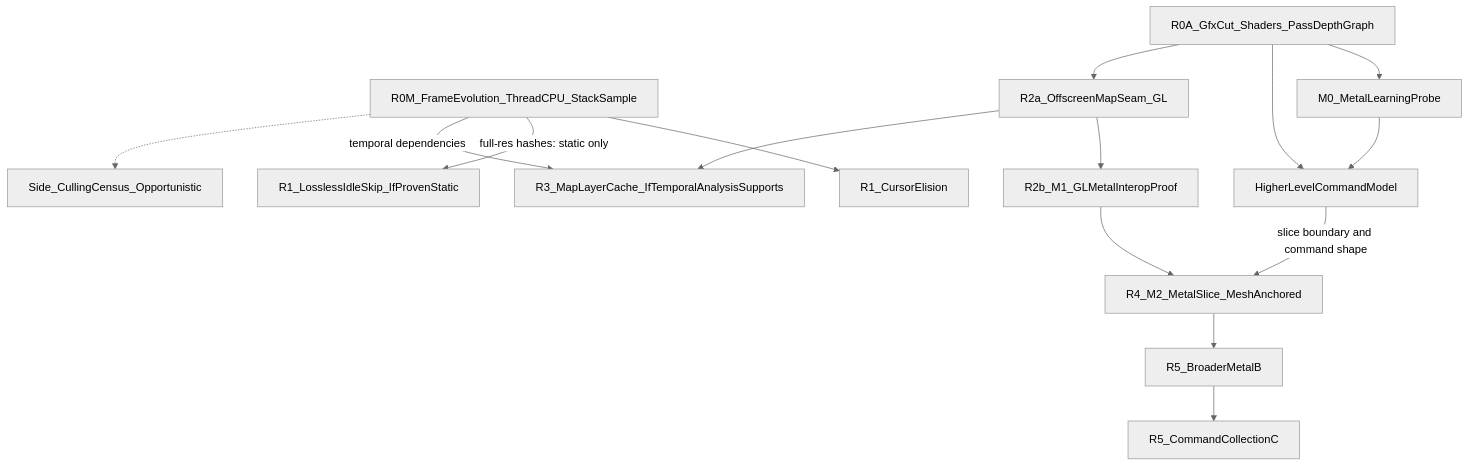
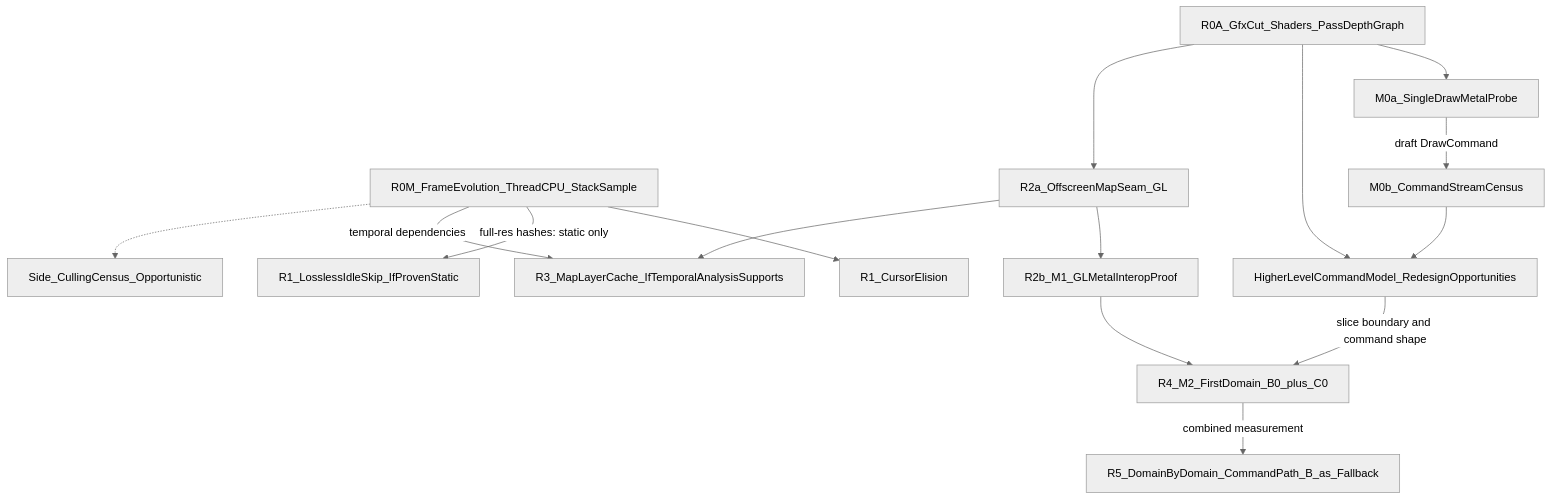
Before and after one commit to HagbardCel/eu4-mac-perf: the diagram in docs/eu4_recommended_strategy.md, drawn with Mermaid (neutral theme). The commit also changed other lines of this file and 1 other file, not shown here.

First line of the commit message:
docs: B as compatibility substrate, B0+C0 first domain, M0b command-stream census

````diff
--- a/docs/eu4_recommended_strategy.md
+++ b/docs/eu4_recommended_strategy.md
@@ -88,31 +102,31 @@
 ```mermaid
 flowchart TD
     R0m[R0M_FrameEvolution_ThreadCPU_StackSample]
     R0a[R0A_GfxCut_Shaders_PassDepthGraph]
-    M0[M0_MetalLearningProbe]
-    Model[HigherLevelCommandModel]
+    M0[M0a_SingleDrawMetalProbe]
+    M0b[M0b_CommandStreamCensus]
+    Model[HigherLevelCommandModel_RedesignOpportunities]
     Cursor[R1_CursorElision]
     Skip[R1_LosslessIdleSkip_IfProvenStatic]
     Seam[R2a_OffscreenMapSeam_GL]
     Interop[R2b_M1_GLMetalInteropProof]
     Cache[R3_MapLayerCache_IfTemporalAnalysisSupports]
-    Slice[R4_M2_MetalSlice_MeshAnchored]
-    B[R5_BroaderMetalB]
-    C[R5_CommandCollectionC]
+    Slice[R4_M2_FirstDomain_B0_plus_C0]
+    Expand[R5_DomainByDomain_CommandPath_B_as_Fallback]
     Cull[Side_CullingCensus_Opportunistic]
 
     R0m --> Cursor
     R0m -->|"full-res hashes: static only"| Skip
     R0m -->|"temporal dependencies"| Cache
     R0a --> M0
+    M0 -->|"draft DrawCommand"| M0b
     R0a --> Model
-    M0 --> Model
+    M0b --> Model
     R0a --> Seam
     Seam --> Interop
     Seam --> Cache
     Interop --> Slice
     Model -->|"slice boundary and command shape"| Slice
-    Slice --> B
-    B --> C
+    Slice -->|"combined measurement"| Expand
     R0m -.-> Cull
 ```
````
